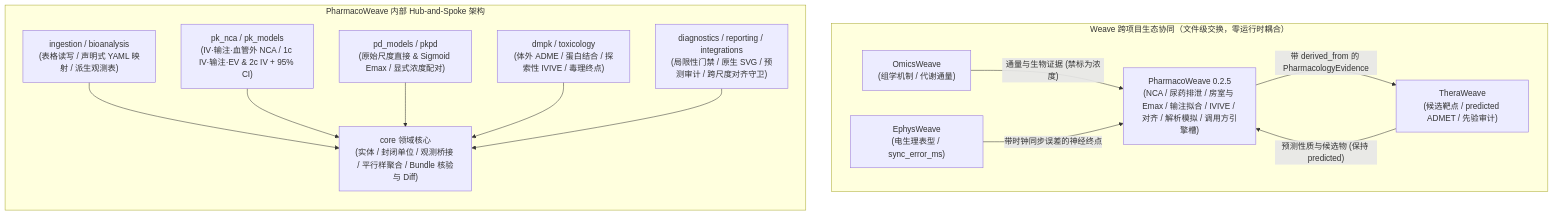
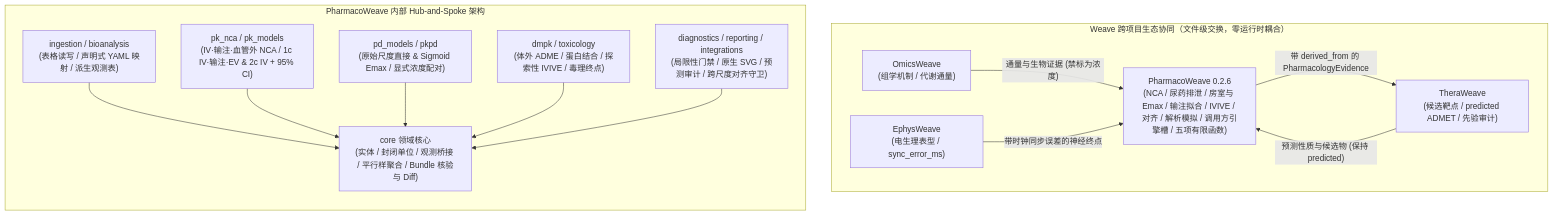
One commit to JianyunZhang/PharmacoWeave changed the first of 2 diagrams in docs/project-evaluation.md. Above: the diagram before and after it, drawn with Mermaid. The commit also changed other lines of this file and 37 other files, not shown here.

````diff
--- a/docs/project-evaluation.md
+++ b/docs/project-evaluation.md
@@ -27,23 +27,23 @@
 ```mermaid
 flowchart TB
     subgraph Ecosystem ["Weave 跨项目生态协同（文件级交换，零运行时耦合）"]
         OW["OmicsWeave<br/>(组学机制 / 代谢通量)"]
         TW["TheraWeave<br/>(候选靶点 / predicted ADMET / 先验审计)"]
         EW["EphysWeave<br/>(电生理表型 / sync_error_ms)"]
-        PW["PharmacoWeave 0.2.5<br/>(NCA / 尿药排泄 / 房室与 Emax / 输注拟合 / IVIVE / 对齐 / 解析模拟 / 调用方引擎槽)"]
+        PW["PharmacoWeave 0.2.6<br/>(NCA / 尿药排泄 / 房室与 Emax / 输注拟合 / IVIVE / 对齐 / 解析模拟 / 调用方引擎槽 / 五项有限函数)"]
     end
 
     OW -->|"通量与生物证据 (禁标为浓度)"| PW
     TW -->|"预测性质与候选物 (保持 predicted)"| PW
     EW -->|"带时钟同步误差的神经终点"| PW
     PW -->|"带 derived_from 的 PharmacologyEvidence"| TW
 
     subgraph InternalArch ["PharmacoWeave 内部 Hub-and-Spoke 架构"]
         direction TB
         Ingestion["ingestion / bioanalysis<br/>(表格读写 / 声明式 YAML 映射 / 派生观测表)"] --> Core["core 领域核心<br/>(实体 / 封闭单位 / 观测桥接 / 平行样聚合 / Bundle 核验与 Diff)"]
         PK["pk_nca / pk_models<br/>(IV·输注·血管外 NCA / 1c IV·输注·EV & 2c IV + 95% CI)"] --> Core
         PD["pd_models / pkpd<br/>(原始尺度直接 & Sigmoid Emax / 显式浓度配对)"] --> Core
         DMPKTox["dmpk / toxicology<br/>(体外 ADME / 蛋白结合 / 探索性 IVIVE / 毒理终点)"] --> Core
         DiagRep["diagnostics / reporting / integrations<br/>(局限性门禁 / 原生 SVG / 预测审计 / 跨尺度对齐守卫)"] --> Core
     end
 ```
````
